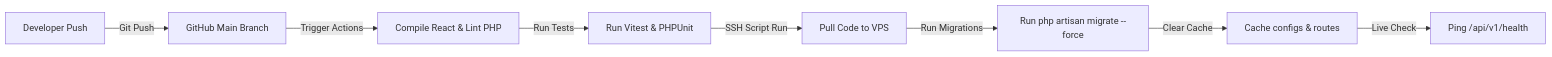
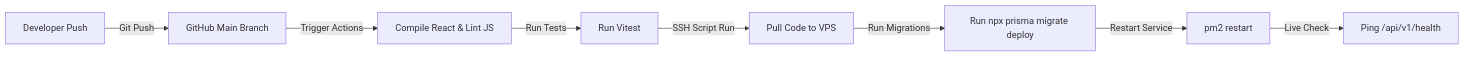
The second of 3 diagrams in docs/engineering/DEPLOYMENT.md (bitsy6699/WebDesa), drawn with Mermaid before and after one commit. The commit also changed other lines of this file and 545 other files, not shown here.

First line of the commit message:
migrate: Laravel → Node.js (Express + Prisma), TSX → JSX, experience redesign

````diff
--- a/docs/engineering/DEPLOYMENT.md
+++ b/docs/engineering/DEPLOYMENT.md
@@ -153,10 +146,10 @@
 ```mermaid
 graph LR
     Dev[Developer Push] -->|Git Push| GitHub[GitHub Main Branch]
-    GitHub -->|Trigger Actions| Build[Compile React & Lint PHP]
-    Build -->|Run Tests| Test[Run Vitest & PHPUnit]
+    GitHub -->|Trigger Actions| Build[Compile React & Lint JS]
+    Build -->|Run Tests| Test[Run Vitest]
     Test -->|SSH Script Run| Deploy[Pull Code to VPS]
-    Deploy -->|Run Migrations| Migrate[Run php artisan migrate --force]
-    Migrate -->|Clear Cache| Clean[Cache configs & routes]
-    Clean -->|Live Check| Health[Ping /api/v1/health]
+    Deploy -->|Run Migrations| Migrate[Run npx prisma migrate deploy]
+    Migrate -->|Restart Service| Restart[pm2 restart]
+    Restart -->|Live Check| Health[Ping /api/v1/health]
 ```
````
